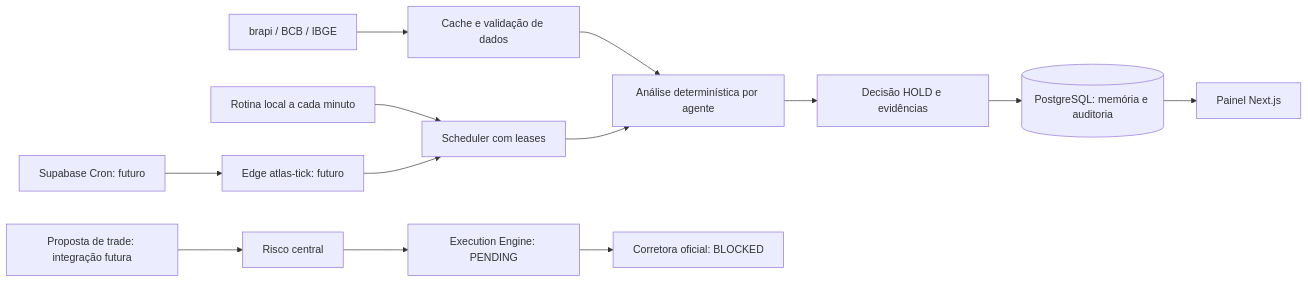
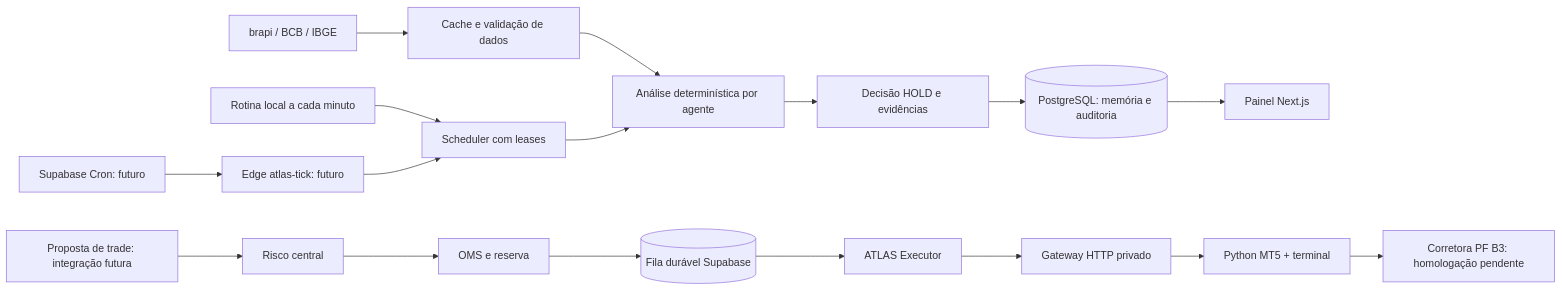
The diagram in README.md (BrenoSilveiraLeal/A.T.L.A.S), drawn with Mermaid before and after one commit. The commit also changed other lines of this file and 32 other files, not shown here.

````diff
--- a/README.md
+++ b/README.md
@@ -11,15 +11,19 @@
 ```mermaid
 flowchart LR
   D[brapi / BCB / IBGE] --> C[Cache e validação de dados]
   C --> A[Análise determinística por agente]
   A --> P[Decisão HOLD e evidências]
   P --> DB[(PostgreSQL: memória e auditoria)]
   DB --> UI[Painel Next.js]
   L[Rotina local a cada minuto] --> J[Scheduler com leases]
   CR[Supabase Cron: futuro] --> E[Edge atlas-tick: futuro]
   E --> J[Scheduler com leases]
   J --> A
   F[Proposta de trade: integração futura] --> R[Risco central]
-  R --> X[Execution Engine: PENDING]
-  X --> B[Corretora oficial: BLOCKED]
+  R --> O[OMS e reserva]
+  O --> Q[(Fila durável Supabase)]
+  Q --> X[ATLAS Executor]
+  X --> G[Gateway HTTP privado]
+  G --> MT[Python MT5 + terminal]
+  MT --> B[Corretora PF B3: homologação pendente]
 ```
````
